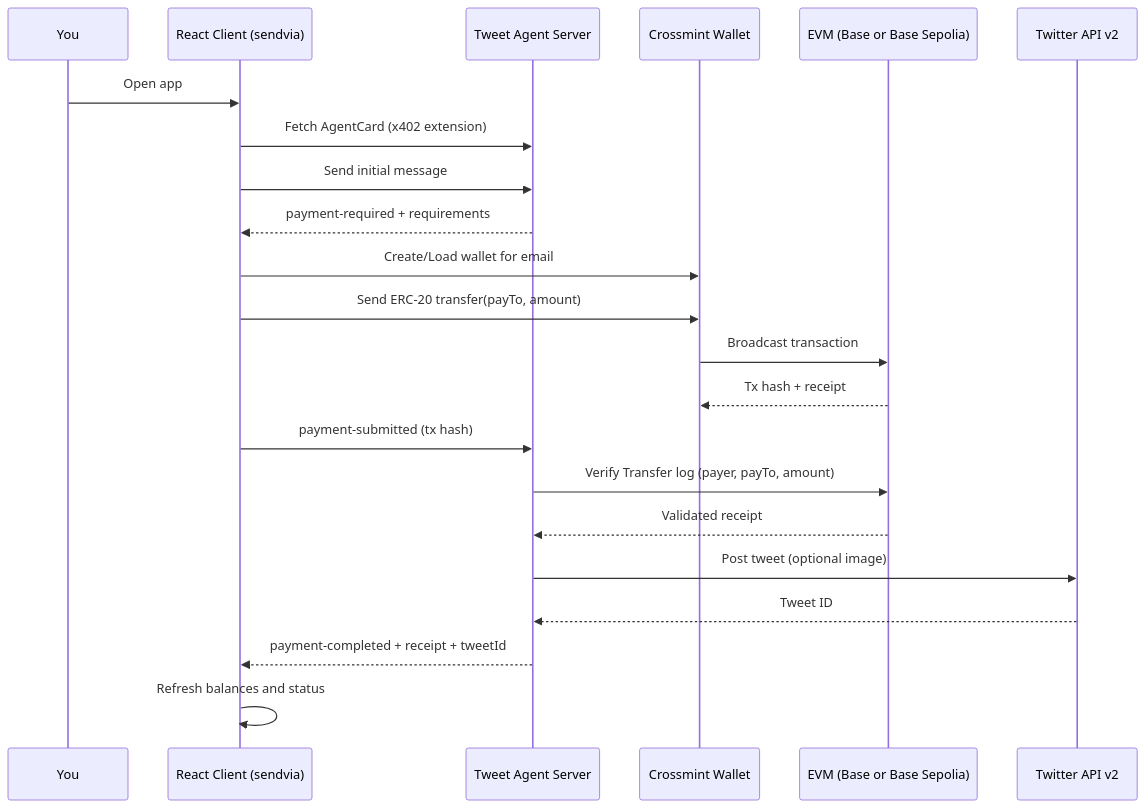
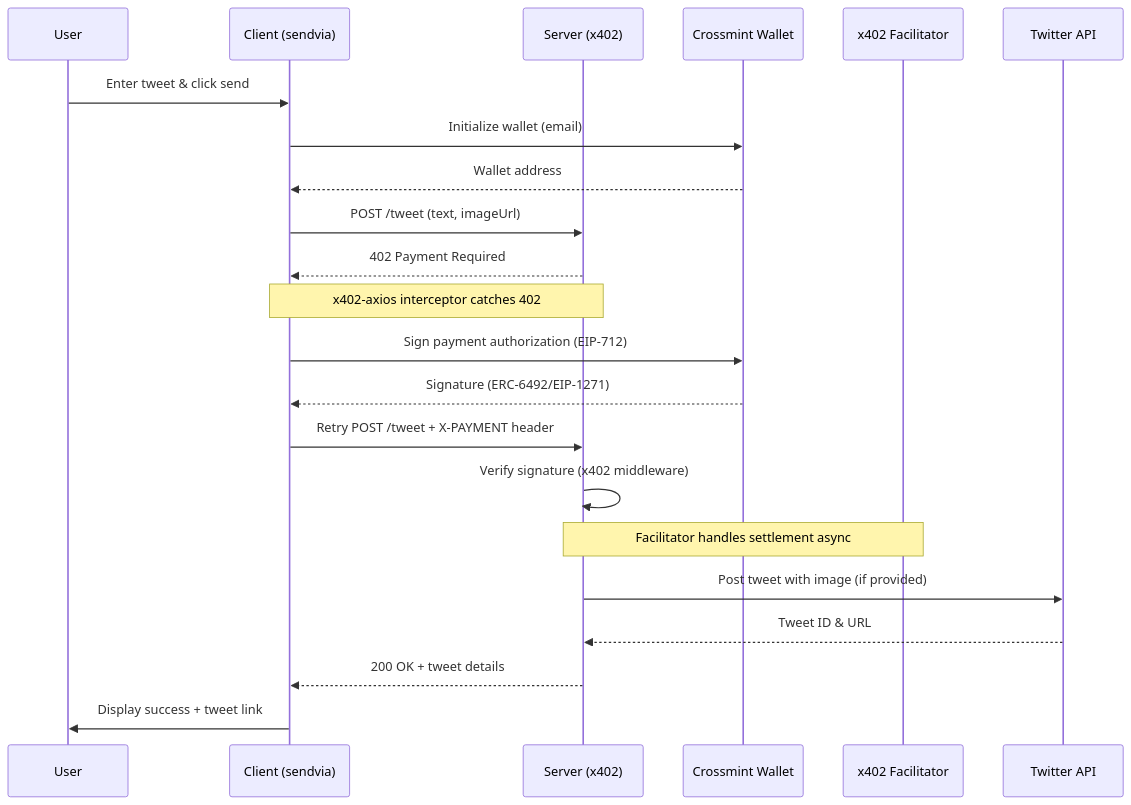
The diagram in send-tweet/README.md (Crossmint/crossmint-402-starter), drawn with Mermaid before and after one commit. The commit also changed other lines of this file and 13 other files, not shown here.

Commit message:
Refactor x402 Tweet Agent: update server implementation, enhance README, and improve client configuration. Replace legacy server with new x402 middleware, add wallet deployment utilities, and streamline payment flow with Crossmint integration.

````diff
--- a/send-tweet/README.md
+++ b/send-tweet/README.md
@@ -31,25 +34,25 @@
 ```mermaid
 sequenceDiagram
-    participant U as You
-    participant C as React Client (sendvia)
-    participant S as Tweet Agent Server
-    participant X as Crossmint Wallet
-    participant E as EVM (Base or Base Sepolia)
-    participant T as Twitter API v2
+    participant U as User
+    participant C as Client (sendvia)
+    participant S as Server (x402)
+    participant W as Crossmint Wallet
+    participant F as x402 Facilitator
+    participant T as Twitter API
 
-    U->>C: Open app
-    C->>S: Fetch AgentCard (x402 extension)
-    C->>S: Send initial message
-    S-->>C: payment-required + requirements
-    C->>X: Create/Load wallet for email
-    C->>X: Send ERC-20 transfer(payTo, amount)
-    X->>E: Broadcast transaction
-    E-->>X: Tx hash + receipt
-    C->>S: payment-submitted (tx hash)
-    S->>E: Verify Transfer log (payer, payTo, amount)
-    E-->>S: Validated receipt
-    S->>T: Post tweet (optional image)
-    T-->>S: Tweet ID
-    S-->>C: payment-completed + receipt + tweetId
-    C->>C: Refresh balances and status
+    U->>C: Enter tweet & click send
+    C->>W: Initialize wallet (email)
+    W-->>C: Wallet address
+    C->>S: POST /tweet (text, imageUrl)
+    S-->>C: 402 Payment Required
+    Note over C,S: x402-axios interceptor catches 402
+    C->>W: Sign payment authorization (EIP-712)
+    W-->>C: Signature (ERC-6492/EIP-1271)
+    C->>S: Retry POST /tweet + X-PAYMENT header
+    S->>S: Verify signature (x402 middleware)
+    Note over S,F: Facilitator handles settlement async
+    S->>T: Post tweet with image (if provided)
+    T-->>S: Tweet ID & URL
+    S-->>C: 200 OK + tweet details
+    C->>U: Display success + tweet link
 ```
````
